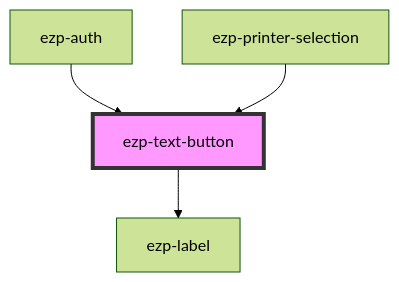
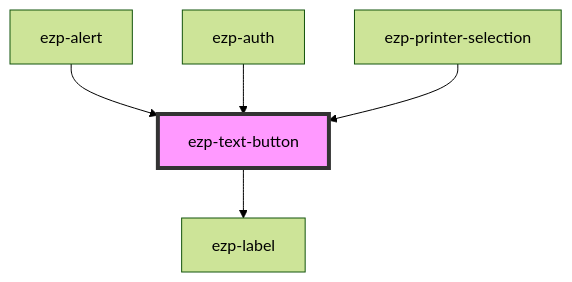
Before and after one commit to ezeep/ezeep-js: the diagram in src/components/ezp-text-button/readme.md, drawn with Mermaid (forest theme). The commit also changed other lines of this file and 20 other files, not shown here.

````diff
--- a/src/components/ezp-text-button/readme.md
+++ b/src/components/ezp-text-button/readme.md
@@ -29,7 +31,8 @@
 ```mermaid
 graph TD;
   ezp-text-button --> ezp-label
+  ezp-alert --> ezp-text-button
   ezp-auth --> ezp-text-button
   ezp-printer-selection --> ezp-text-button
   style ezp-text-button fill:#f9f,stroke:#333,stroke-width:4px
 ```
````
